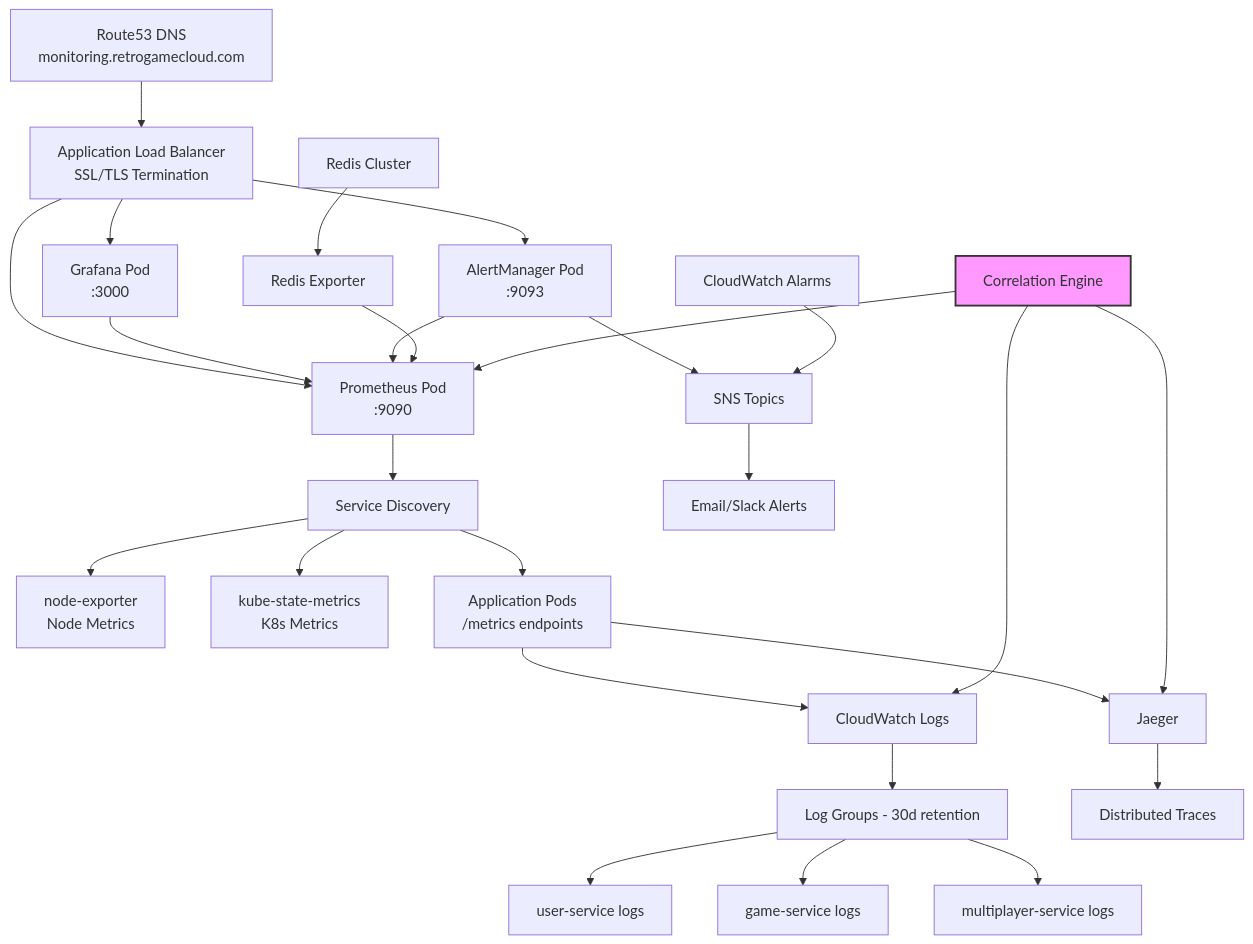
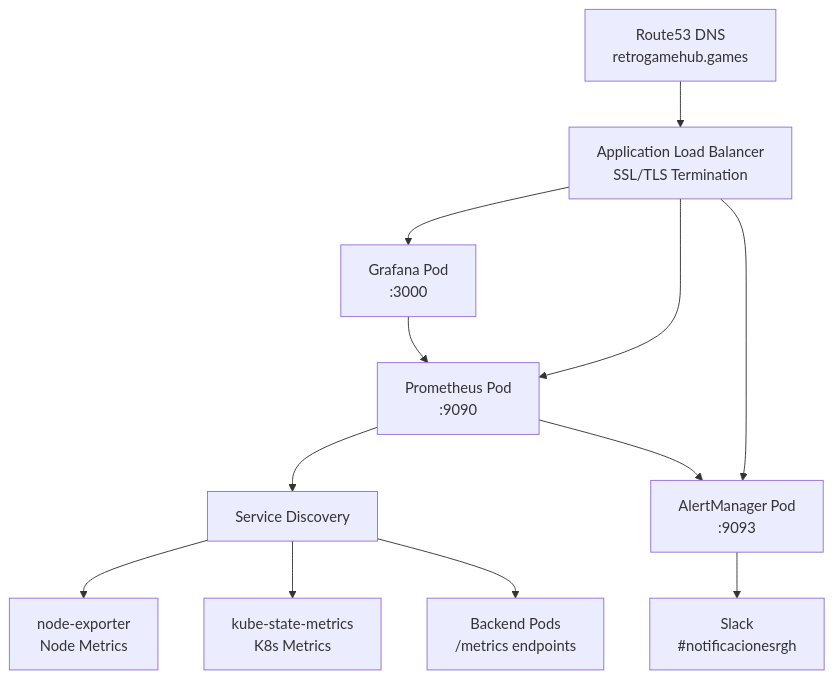
The diagram in infrastructure/monitoring.mdx (retrogamecloud/docs), drawn with Mermaid before and after one commit. The commit also changed other lines of this file and 129 other files, not shown here.

````diff
--- a/infrastructure/monitoring.mdx
+++ b/infrastructure/monitoring.mdx
@@ -41,37 +35,17 @@
 ```mermaid
 graph TD
-    A[Route53 DNS<br/>monitoring.retrogamecloud.com] --> B[Application Load Balancer<br/>SSL/TLS Termination]
+    A[Route53 DNS<br/>retrogamehub.games] --> B[Application Load Balancer<br/>SSL/TLS Termination]
     B --> C[Grafana Pod<br/>:3000]
     B --> D[Prometheus Pod<br/>:9090]
     B --> E[AlertManager Pod<br/>:9093]
 
     D --> F[Service Discovery]
     F --> G[node-exporter<br/>Node Metrics]
     F --> H[kube-state-metrics<br/>K8s Metrics]
-    F --> I[Application Pods<br/>/metrics endpoints]
+    F --> I[Backend Pods<br/>/metrics endpoints]
 
-    J[CloudWatch Logs] --> K[Log Groups - 30d retention]
-    K --> L[user-service logs]
-    K --> M[game-service logs]
-    K --> N[multiplayer-service logs]
-
+    D --> E
+    E --> J[Slack<br/>#notificacionesrgh]
     C --> D
-    E --> D
-    E --> O[SNS Topics]
-    O --> P[Email/Slack Alerts]
-
-    Q[CloudWatch Alarms] --> O
-    I --> J
-
-    R[Redis Exporter] --> D
-    S[Redis Cluster] --> R
-
-    T[Jaeger] --> U[Distributed Traces]
-    I --> T
-    V[Correlation Engine] --> J
-    V --> D
-    V --> T
-
-    style V fill:#f9f,stroke:#333,stroke-width:2px
 
 ```
````
